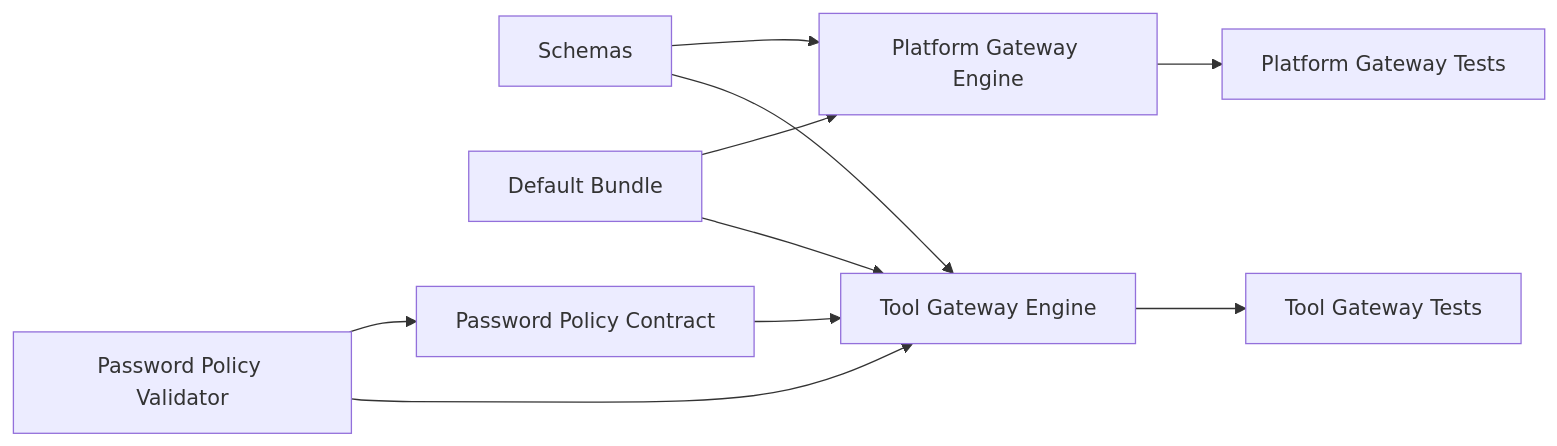
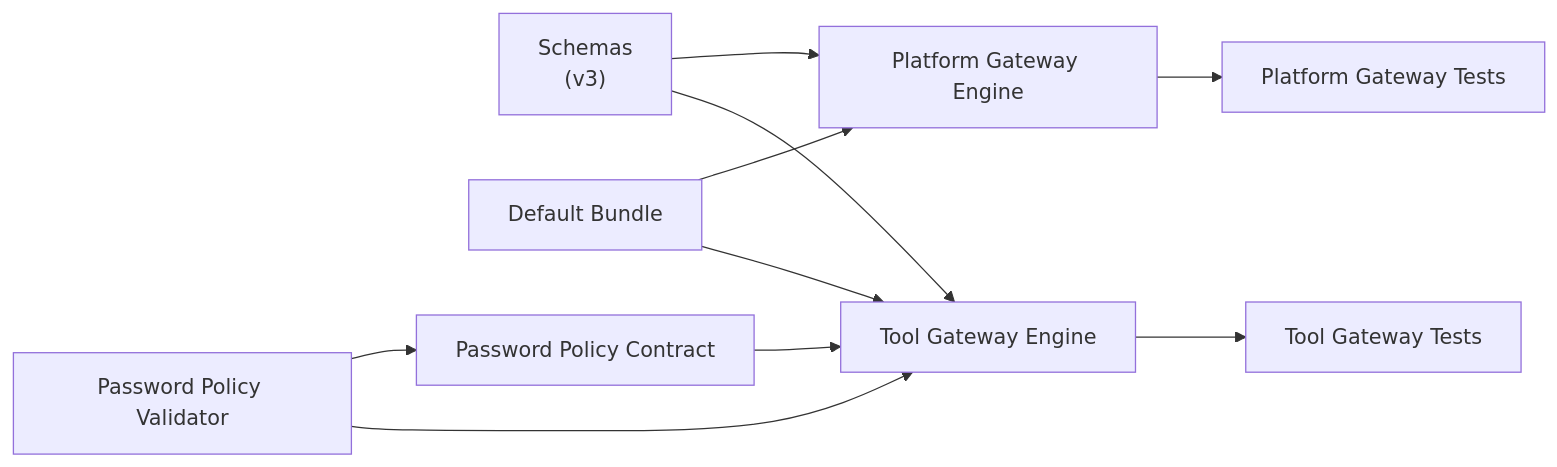
Before and after one commit to metasync/luban-aiops: the fifth of 5 diagrams in .qoder/repowiki/en/content/Security and Authorization/Authorization Policies/Policy Rules and Schema.md, drawn with Mermaid. The commit also changed other lines of this file and 128 other files, not shown here.

````diff
--- a/.qoder/repowiki/en/content/Security and Authorization/Authorization Policies/Policy Rules and Schema.md
+++ b/.qoder/repowiki/en/content/Security and Authorization/Authorization Policies/Policy Rules and Schema.md
@@ -443,12 +510,12 @@
 ```mermaid
 graph LR
-Schema["Schemas"] --> PG["Platform Gateway Engine"]
+Schema["Schemas<br/>(v3)"] --> PG["Platform Gateway Engine"]
 Schema --> TG["Tool Gateway Engine"]
 Bundle["Default Bundle"] --> PG
 Bundle --> TG
 PasswordPolicy["Password Policy Contract"] --> TG
 PG --> TestsPG["Platform Gateway Tests"]
 TG --> TestsTG["Tool Gateway Tests"]
 PasswordPolicyValidator["Password Policy Validator"] --> PasswordPolicy
 PasswordPolicyValidator --> TG
 ```
````
